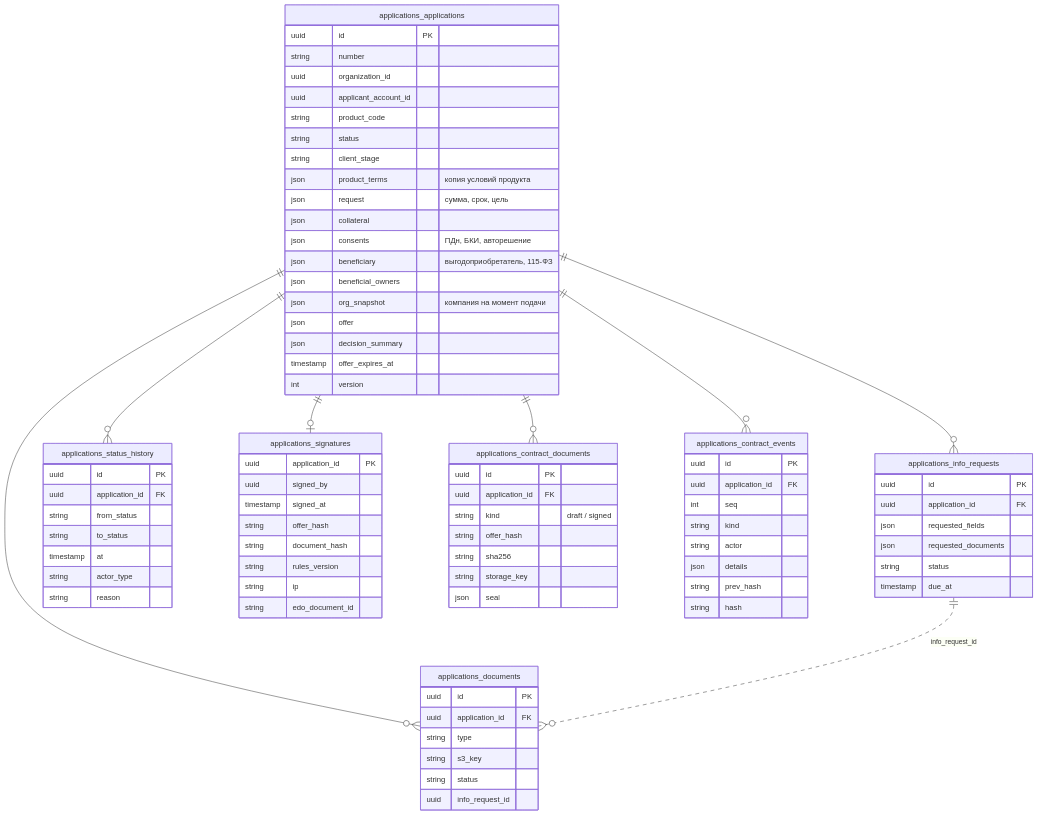
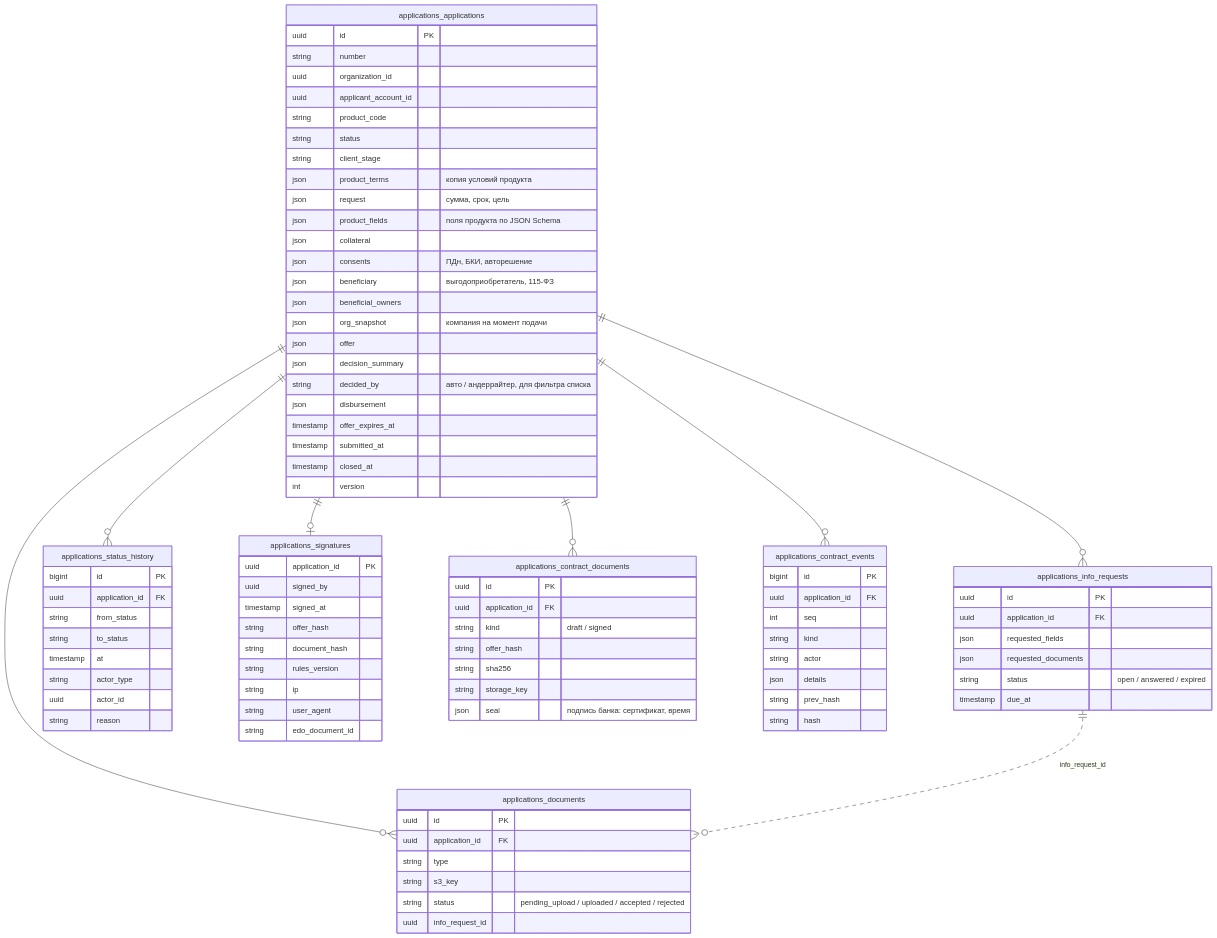
Before and after one commit to 1nsanexeEZ/hackaton_alfabank_2026: the second of 9 diagrams in docs/data-model.md, drawn with Mermaid. The commit also changed other lines of this file and 41 other files, not shown here.

First line of the commit message:
docs: документация сверена с кодом — сквозная архитектура скоринга и решения, карта документов, путеводитель по API, схема draw.io со страницей скоринга; legacy-документы удалены (#28)

```diff
--- a/docs/data-model.md
+++ b/docs/data-model.md
@@ -118,6 +122,7 @@
         string client_stage
         json product_terms "копия условий продукта"
         json request "сумма, срок, цель"
+        json product_fields "поля продукта по JSON Schema"
         json collateral
         json consents "ПДн, БКИ, авторешение"
         json beneficiary "выгодоприобретатель, 115-ФЗ"
@@ -125,7 +130,11 @@
         json org_snapshot "компания на момент подачи"
         json offer
         json decision_summary
+        string decided_by "авто / андеррайтер, для фильтра списка"
+        json disbursement
         timestamp offer_expires_at
+        timestamp submitted_at
+        timestamp closed_at
         int version
     }
     applications_documents {
@@ -133,7 +142,7 @@
         uuid application_id FK
         string type
         string s3_key
-        string status
+        string status "pending_upload / uploaded / accepted / rejected"
         uuid info_request_id
     }
     applications_info_requests {
@@ -141,16 +150,17 @@
         uuid application_id FK
         json requested_fields
         json requested_documents
-        string status
+        string status "open / answered / expired"
         timestamp due_at
     }
     applications_status_history {
-        uuid id PK
+        bigint id PK
         uuid application_id FK
         string from_status
         string to_status
         timestamp at
         string actor_type
+        uuid actor_id
         string reason
     }
     applications_signatures {
@@ -161,6 +171,7 @@
         string document_hash
         string rules_version
         string ip
+        string user_agent
         string edo_document_id
     }
     applications_contract_documents {
@@ -170,10 +181,10 @@
         string offer_hash
         string sha256
         string storage_key
-        json seal
+        json seal "подпись банка: сертификат, время"
     }
     applications_contract_events {
-        uuid id PK
+        bigint id PK
         uuid application_id FK
         int seq
         string kind
```
